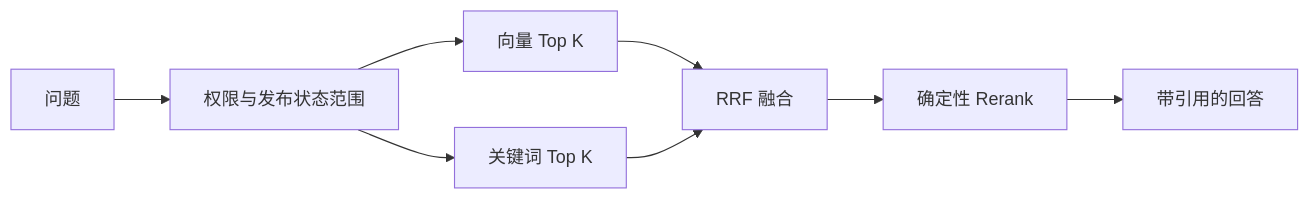
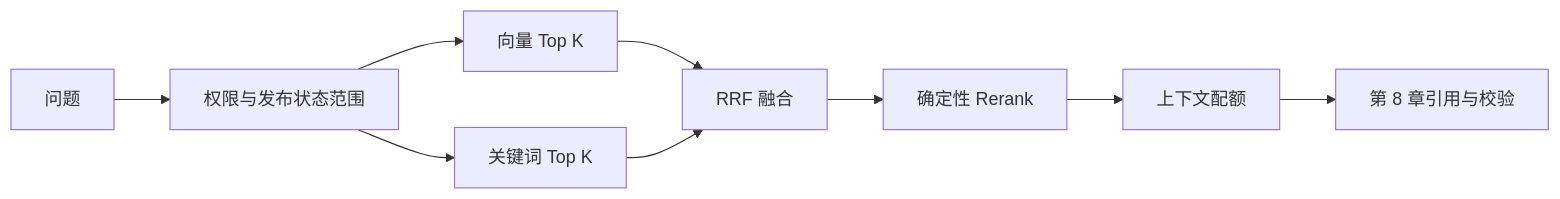
The diagram in guide/agentic-rag-project-retrieval.md (wahahaorg/fullstack-road), drawn with Mermaid before and after one commit. The commit also changed other lines of this file and 3 other files, not shown here.

````diff
--- a/guide/agentic-rag-project-retrieval.md
+++ b/guide/agentic-rag-project-retrieval.md
@@ -35,10 +54,11 @@
 ```mermaid
 flowchart LR
     Q[问题] --> S[权限与发布状态范围]
     S --> V[向量 Top K]
     S --> K[关键词 Top K]
     V --> R[RRF 融合]
     K --> R
     R --> X[确定性 Rerank]
-    X --> A[带引用的回答]
+    X --> C[上下文配额]
+    C --> A[第 8 章引用与校验]
 ```
````
